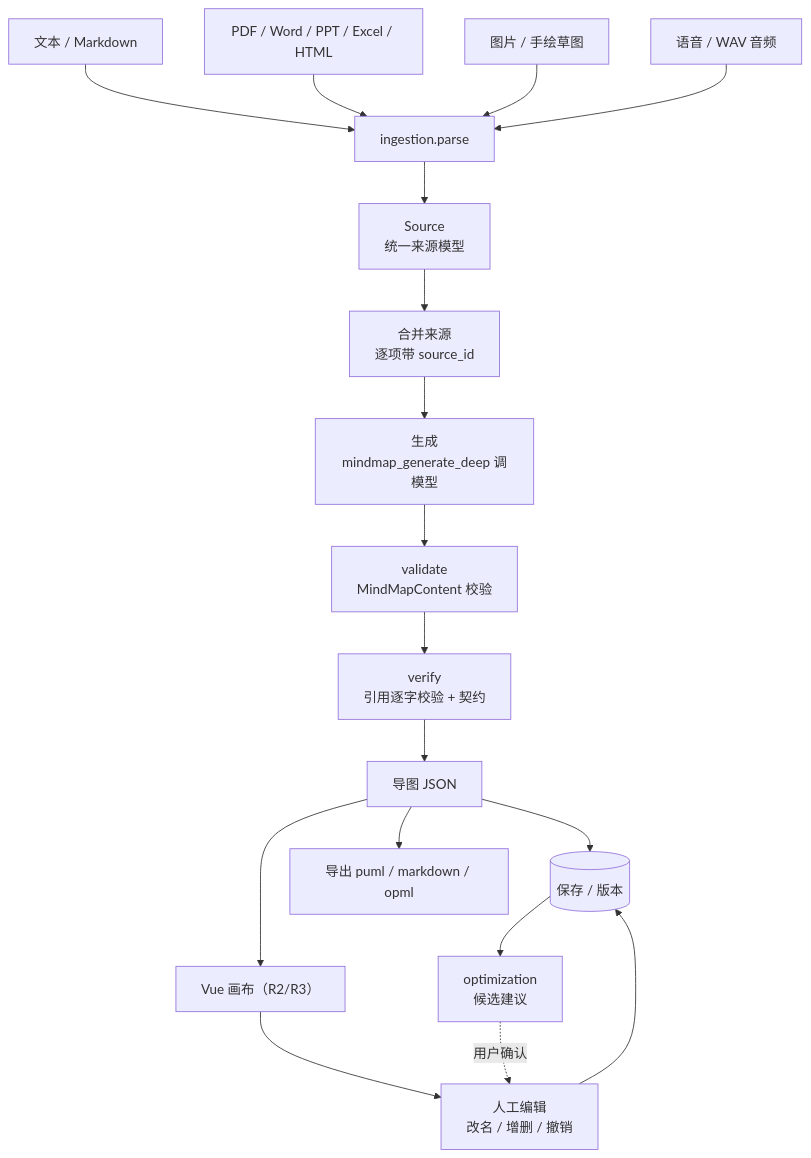
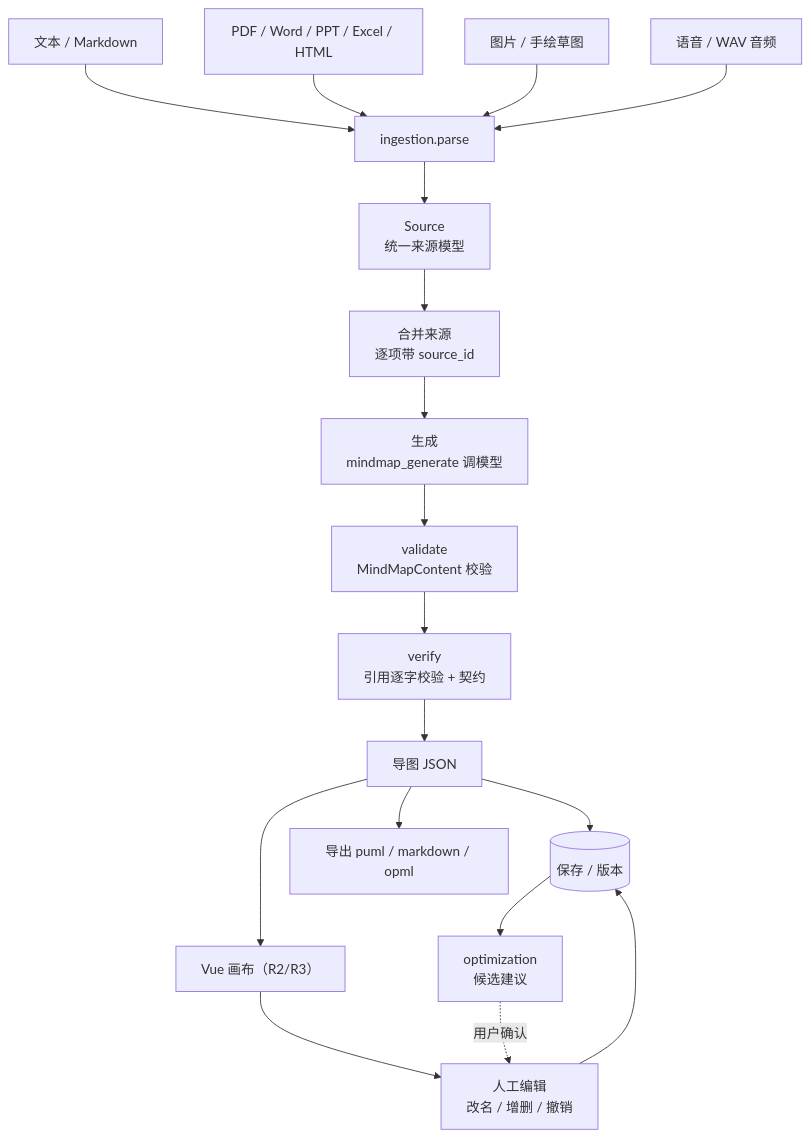
Before and after one commit to RPeGio/genai-mindmap: the diagram in docs/FLOW.md, drawn with Mermaid. The commit also changed other lines of this file and 3 other files, not shown here.

````diff
--- a/docs/FLOW.md
+++ b/docs/FLOW.md
@@ -7,22 +7,22 @@
 ```mermaid
 flowchart TD
   A1[文本 / Markdown] --> S[ingestion.parse]
   A2[PDF / Word / PPT / Excel / HTML] --> S
   A3[图片 / 手绘草图] --> S
   A4[语音 / WAV 音频] --> S
 
   S --> SRC[Source<br/>统一来源模型]
   SRC --> U[合并来源<br/>逐项带 source_id]
-  U --> O[生成<br/>mindmap_generate_deep 调模型]
+  U --> O[生成<br/>mindmap_generate 调模型]
   O --> V[validate<br/>MindMapContent 校验]
   V --> R[verify<br/>引用逐字校验 + 契约]
   R --> MAP[导图 JSON]
 
   MAP --> SAVE[(保存 / 版本)]
   MAP --> CANVAS[Vue 画布（R2/R3）]
   CANVAS --> EDIT[人工编辑<br/>改名 / 增删 / 撤销]
   EDIT --> SAVE
   MAP --> EXP[导出 puml / markdown / opml]
   SAVE --> SUG[optimization<br/>候选建议]
   SUG -.用户确认.-> EDIT
 ```
````
